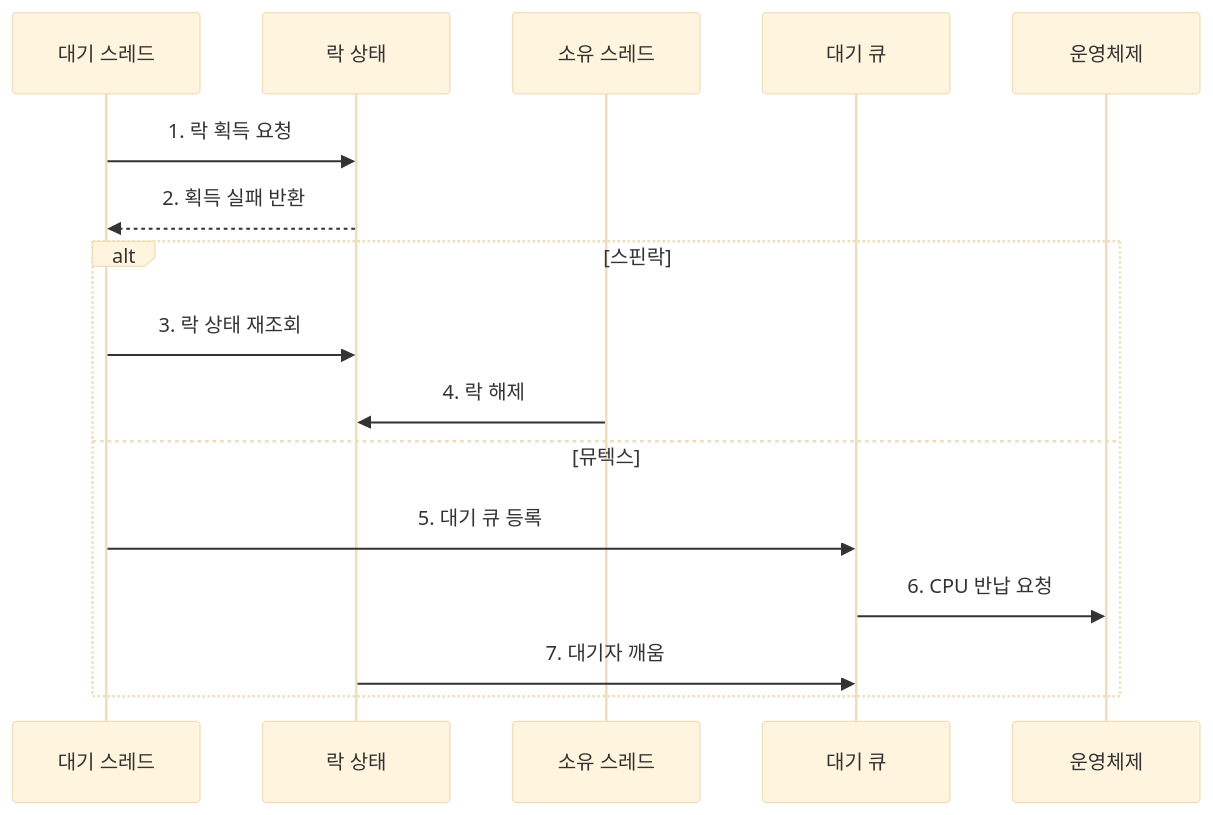
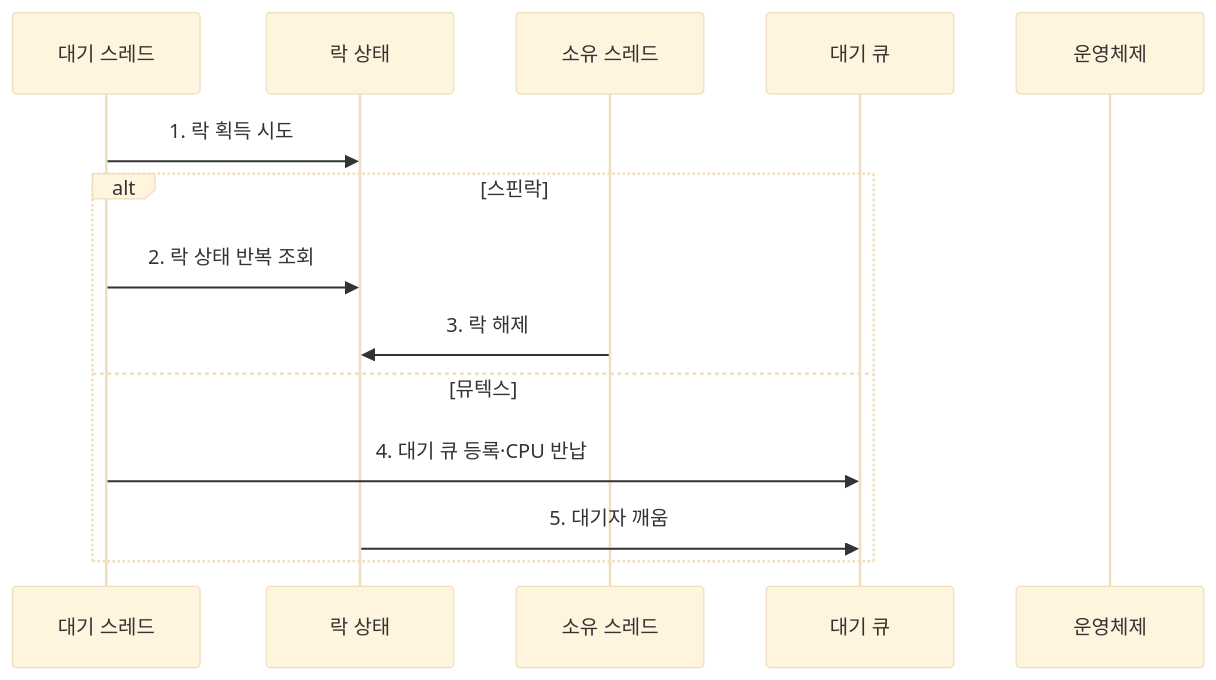
One commit to agnusdei1207/knowledge-base changed the second of 2 diagrams in src/content/docs/notes/03-software/013_spinlock_vs_mutex.md. Above: the diagram before and after it, drawn with Mermaid (base theme). The commit also changed other lines of this file and 238 other files, not shown here.

````diff
--- a/src/content/docs/notes/03-software/013_spinlock_vs_mutex.md
+++ b/src/content/docs/notes/03-software/013_spinlock_vs_mutex.md
@@ -92,18 +92,16 @@
 ```mermaid
 sequenceDiagram
     participant W as 대기 스레드
     participant L as 락 상태
     participant O as 소유 스레드
     participant Q as 대기 큐
     participant C as 운영체제
-    W->>L: 1. 락 획득 요청
-    L-->>W: 2. 획득 실패 반환
+    W->>L: 1. 락 획득 시도
     alt 스핀락
-        W->>L: 3. 락 상태 재조회
-        O->>L: 4. 락 해제
+        W->>L: 2. 락 상태 반복 조회
+        O->>L: 3. 락 해제
     else 뮤텍스
-        W->>Q: 5. 대기 큐 등록
-        Q->>C: 6. CPU 반납 요청
-        L->>Q: 7. 대기자 깨움
+        W->>Q: 4. 대기 큐 등록·CPU 반납
+        L->>Q: 5. 대기자 깨움
     end
 ```
````
